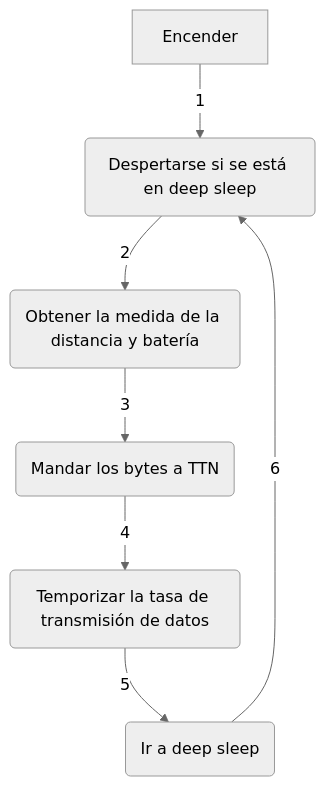
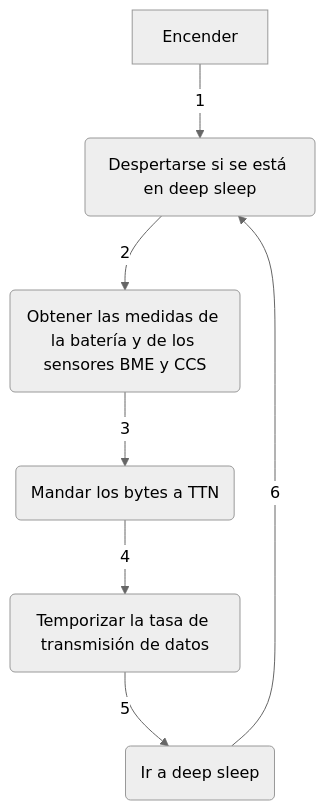
One commit to MediaLabUniovi/Lora-Mini-Air-Quality-Drone-Onboard-Station changed the diagram in README.md. Above: the diagram before and after it, drawn with Mermaid (neutral theme). The commit also changed other lines of this file, not shown here.

````diff
--- a/README.md
+++ b/README.md
@@ -140,9 +134,9 @@
 ```mermaid
 graph TD;
   A[Encender] -->|1| B(Despertarse si se está en deep sleep)
-  B -->|2| C(Obtener la medida de la distancia y batería)
+  B -->|2| C(Obtener las medidas de la batería y de los sensores BME y CCS)
   C -->|3| D(Mandar los bytes a TTN)
   D -->|4| E(Temporizar la tasa de transmisión de datos)
   E -->|5| F(Ir a deep sleep)
   F -->|6| B
 ```
````
